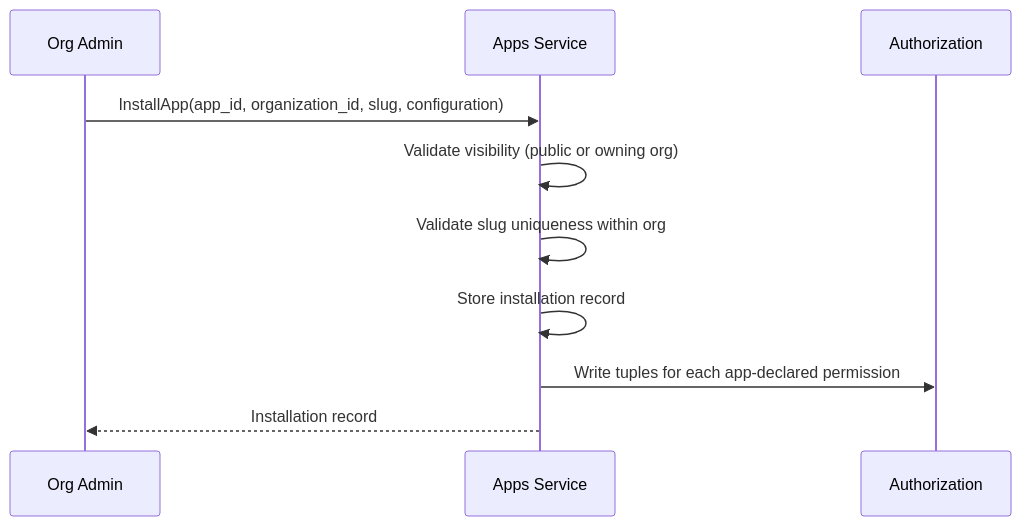
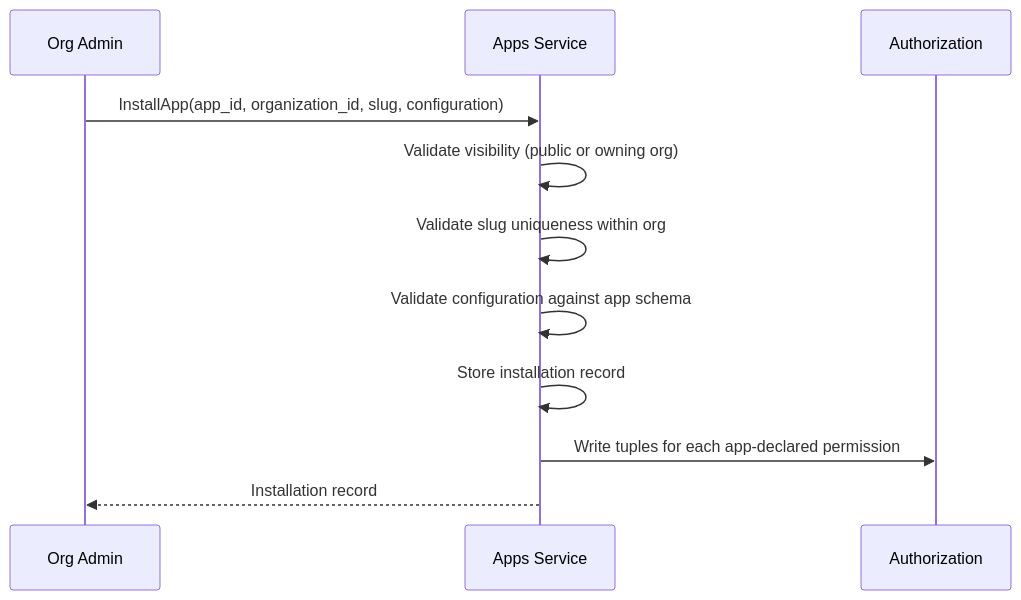
The second of 2 diagrams in architecture/apps.md (agynio/architecture), drawn with Mermaid before and after one commit. The commit also changed other lines of this file and 8 other files, not shown here.

Commit message:
App configuration shema

````diff
--- a/architecture/apps.md
+++ b/architecture/apps.md
@@ -172,13 +336,14 @@
 ```mermaid
 sequenceDiagram
     participant Admin as Org Admin
     participant AS as Apps Service
     participant Auth as Authorization
 
     Admin->>AS: InstallApp(app_id, organization_id, slug, configuration)
     AS->>AS: Validate visibility (public or owning org)
     AS->>AS: Validate slug uniqueness within org
+    AS->>AS: Validate configuration against app schema
     AS->>AS: Store installation record
     AS->>Auth: Write tuples for each app-declared permission
     AS-->>Admin: Installation record
 ```
````
